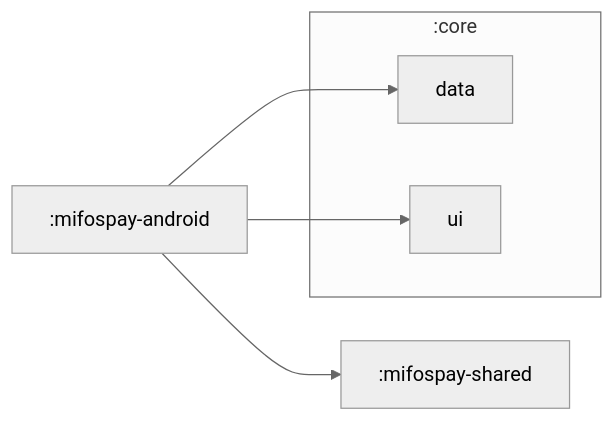
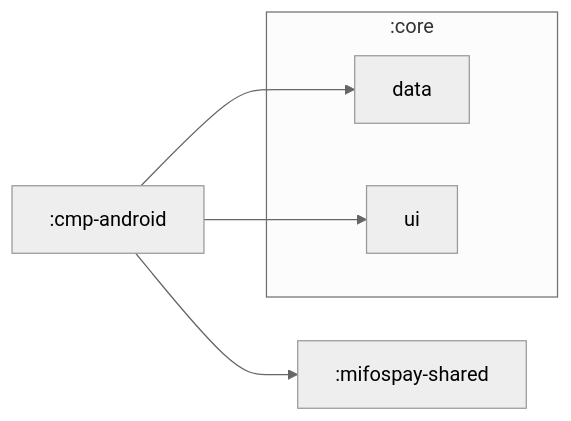
Before and after one commit to openMF/mobile-wallet: the diagram in cmp-android/README.md, drawn with Mermaid. The commit also changed other lines of this file and 8 other files, not shown here.

Commit message:
fix(core-base,android-config): correct time import and update android_config.rb

````diff
--- a/cmp-android/README.md
+++ b/cmp-android/README.md
@@ -3,16 +3,16 @@
 ```mermaid
 %%{
   init: {
     'theme': 'neutral'
   }
 }%%
 
 graph LR
   subgraph :core
     :core:data["data"]
     :core:ui["ui"]
   end
-  :mifospay-android --> :mifospay-shared
-  :mifospay-android --> :core:data
-  :mifospay-android --> :core:ui
+  :cmp-android --> :mifospay-shared
+  :cmp-android --> :core:data
+  :cmp-android --> :core:ui
 ```
````
